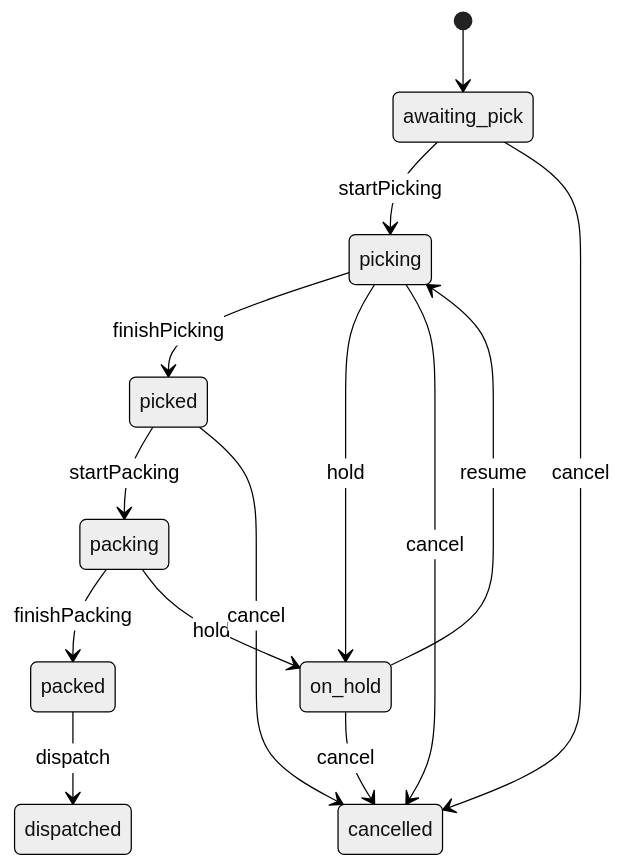
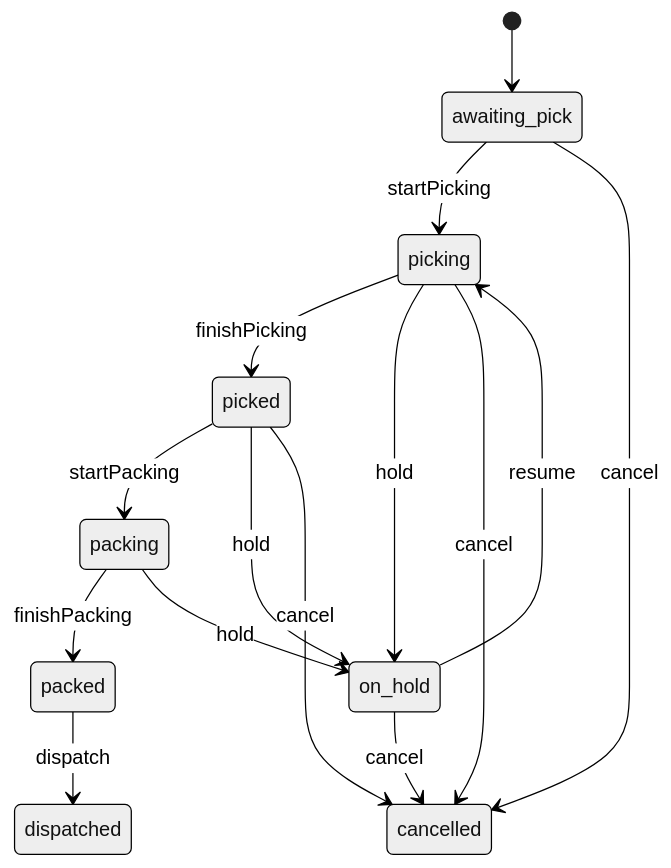
The first of 5 diagrams in backend/src/modules/warehouse/README.md (Virus-777/ecommerce), drawn with Mermaid (neutral theme) before and after one commit. The commit also changed other lines of this file and 66 other files, not shown here.

````diff
--- a/backend/src/modules/warehouse/README.md
+++ b/backend/src/modules/warehouse/README.md
@@ -402,16 +402,17 @@
 ```mermaid
 stateDiagram-v2
   [*] --> awaiting_pick
   awaiting_pick --> picking: startPicking
   picking --> picked: finishPicking
   picked --> packing: startPacking
   packing --> packed: finishPacking
   packed --> dispatched: dispatch
   picking --> on_hold: hold
   packing --> on_hold: hold
+  picked --> on_hold: hold
   on_hold --> picking: resume
   awaiting_pick --> cancelled: cancel
   picking --> cancelled: cancel
   picked --> cancelled: cancel
   on_hold --> cancelled: cancel
 ```
````
